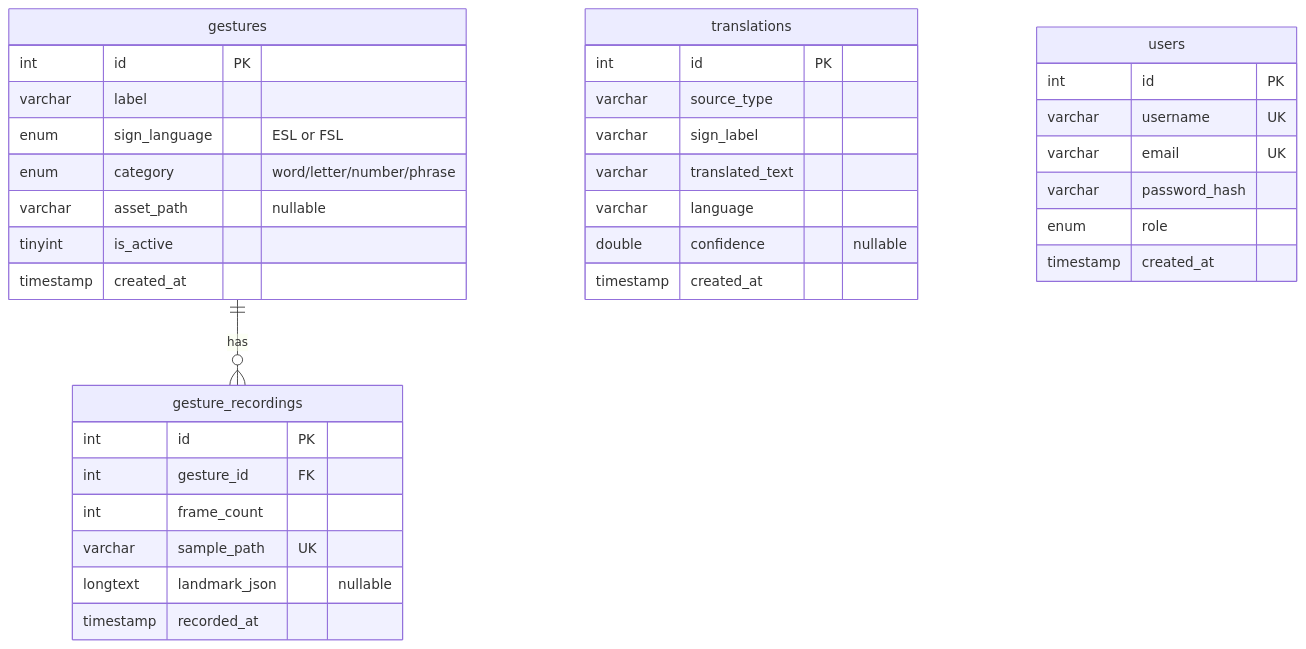
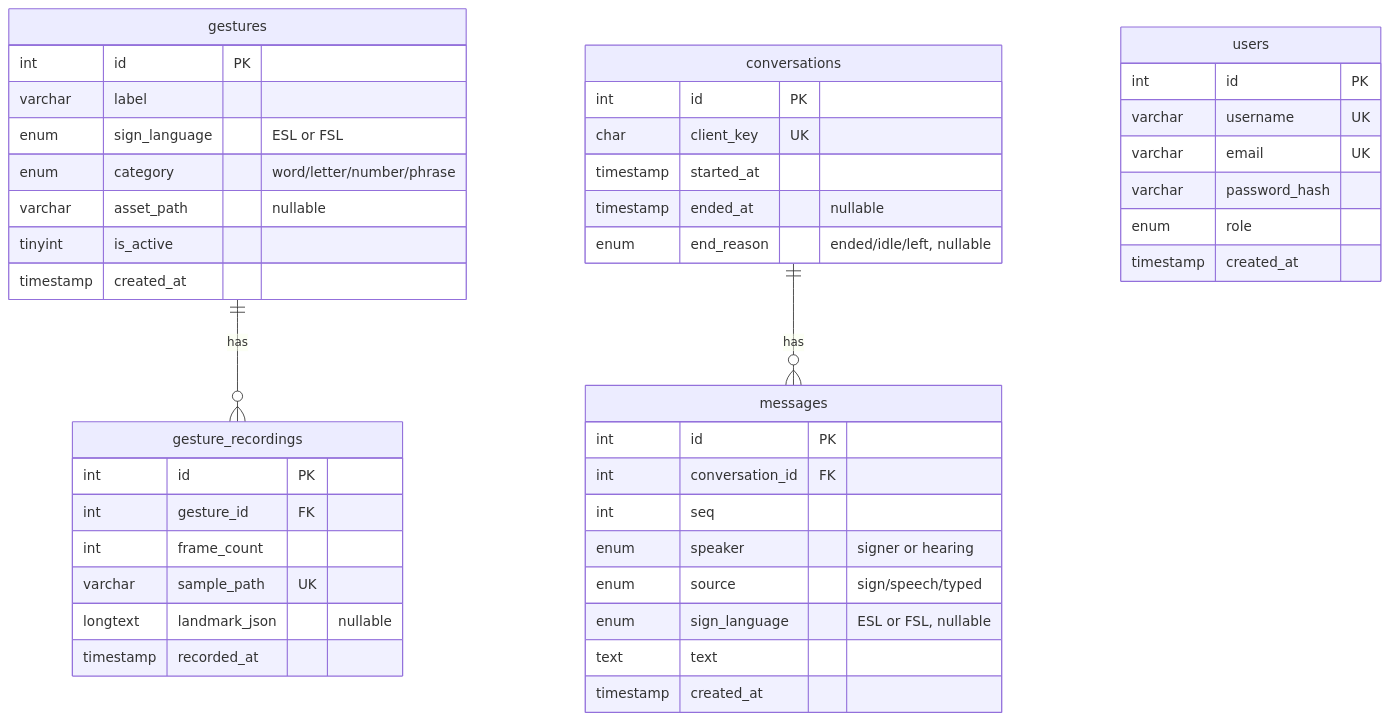
One commit to xzhyly/SKv2 changed the diagram in docs/system/BACKEND.md. Above: the diagram before and after it, drawn with Mermaid. The commit also changed other lines of this file and 7 other files, not shown here.

Commit message:
docs: saved conversations — schema + ERD, endpoints, Let's Talk save hooks, Reports tab, decisions, DEBT 78-85, reports

````diff
--- a/docs/system/BACKEND.md
+++ b/docs/system/BACKEND.md
@@ -151,38 +308,47 @@
 ```mermaid
 erDiagram
     gestures ||--o{ gesture_recordings : "has"
+    conversations ||--o{ messages : "has"
     gestures {
         int id PK
         varchar label
         enum sign_language "ESL or FSL"
         enum category "word/letter/number/phrase"
         varchar asset_path "nullable"
         tinyint is_active
         timestamp created_at
     }
     gesture_recordings {
         int id PK
         int gesture_id FK
         int frame_count
         varchar sample_path UK
         longtext landmark_json "nullable"
         timestamp recorded_at
     }
-    translations {
+    conversations {
         int id PK
-        varchar source_type
-        varchar sign_label
-        varchar translated_text
-        varchar language
-        double confidence "nullable"
+        char client_key UK
+        timestamp started_at
+        timestamp ended_at "nullable"
+        enum end_reason "ended/idle/left, nullable"
+    }
+    messages {
+        int id PK
+        int conversation_id FK
+        int seq
+        enum speaker "signer or hearing"
+        enum source "sign/speech/typed"
+        enum sign_language "ESL or FSL, nullable"
+        text text
         timestamp created_at
     }
     users {
         int id PK
         varchar username UK
         varchar email UK
         varchar password_hash
         enum role
         timestamp created_at
     }
 ```
````
